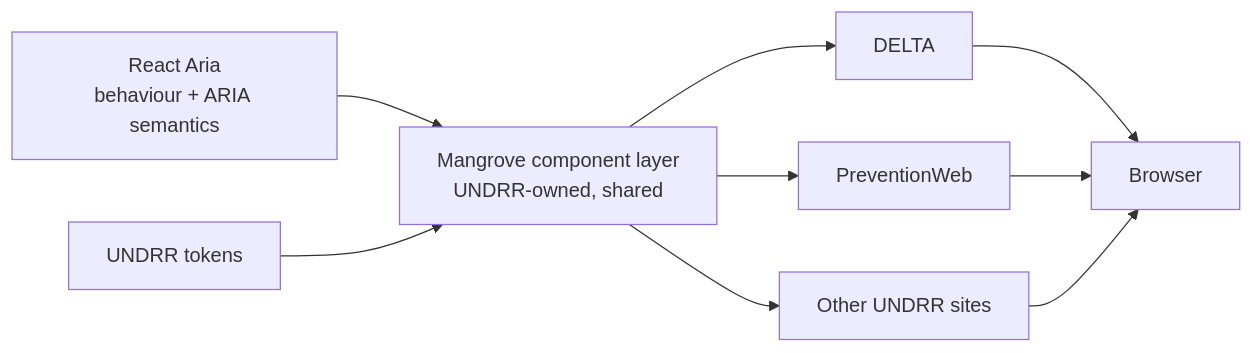
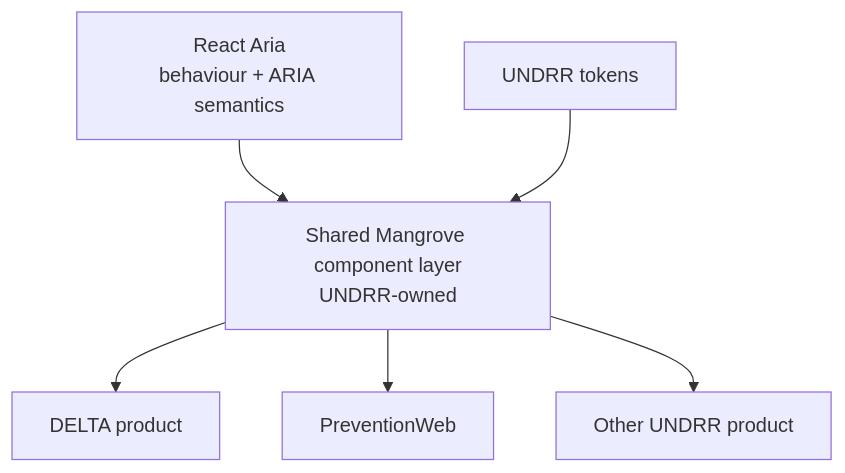
Before and after one commit to khawkins98/data-design-demo: the third of 3 diagrams in docs/architecture-options.md, drawn with Mermaid. The commit also changed other lines of this file and 1 other file, not shown here.

Commit message:
docs: frame architecture reuse evidence

````diff
--- a/docs/architecture-options.md
+++ b/docs/architecture-options.md
@@ -87,11 +119,8 @@
 ```mermaid
-flowchart LR
-  RA["React Aria<br/>behaviour + ARIA semantics"] --> MG["Mangrove component layer<br/>UNDRR-owned, shared"]
+flowchart TB
+  RA["React Aria<br/>behaviour + ARIA semantics"] --> MG["Shared Mangrove component layer<br/>UNDRR-owned"]
   T["UNDRR tokens"] --> MG
-  MG --> D["DELTA"]
+  MG --> D["DELTA product"]
   MG --> P["PreventionWeb"]
-  MG --> O["Other UNDRR sites"]
-  D --> B["Browser"]
-  P --> B
-  O --> B
+  MG --> O["Other UNDRR product"]
 ```
````
